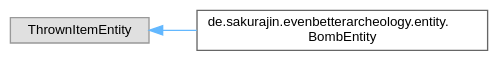
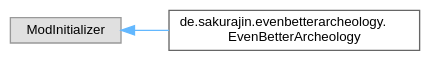
The diagram in inherit_graph_36.dot (noah1510/EvenBetterArcheology), drawn with Graphviz before and after one commit. The commit also changed 197 other files, not shown here.

Commit message:
Deploying to gh-pages from @ noah1510/EvenBetterArcheology@04d2051bd35b8de04aee2b8ba5a16cac231ad4d3 🚀

```diff
--- a/inherit_graph_36.dot
+++ b/inherit_graph_36.dot
@@ -1,11 +1,11 @@
 digraph "Graphical Class Hierarchy"
 {
  // LATEX_PDF_SIZE
   bgcolor="transparent";
   edge [fontname=Helvetica,fontsize=10,labelfontname=Helvetica,labelfontsize=10];
   node [fontname=Helvetica,fontsize=10,shape=box,height=0.2,width=0.4];
   rankdir="LR";
-  Node0 [label="ThrownItemEntity",height=0.2,width=0.4,color="grey60", fillcolor="#E0E0E0", style="filled",tooltip=" "];
+  Node0 [label="ModInitializer",height=0.2,width=0.4,color="grey60", fillcolor="#E0E0E0", style="filled",tooltip=" "];
   Node0 -> Node1 [dir="back",color="steelblue1",style="solid"];
-  Node1 [label="de.sakurajin.evenbetterarcheology.entity.\lBombEntity",height=0.2,width=0.4,color="grey40", fillcolor="white", style="filled",URL="$classde_1_1sakurajin_1_1evenbetterarcheology_1_1entity_1_1BombEntity.html",tooltip=" "];
+  Node1 [label="de.sakurajin.evenbetterarcheology.\lEvenBetterArcheology",height=0.2,width=0.4,color="grey40", fillcolor="white", style="filled",URL="$classde_1_1sakurajin_1_1evenbetterarcheology_1_1EvenBetterArcheology.html",tooltip=" "];
 }
```
